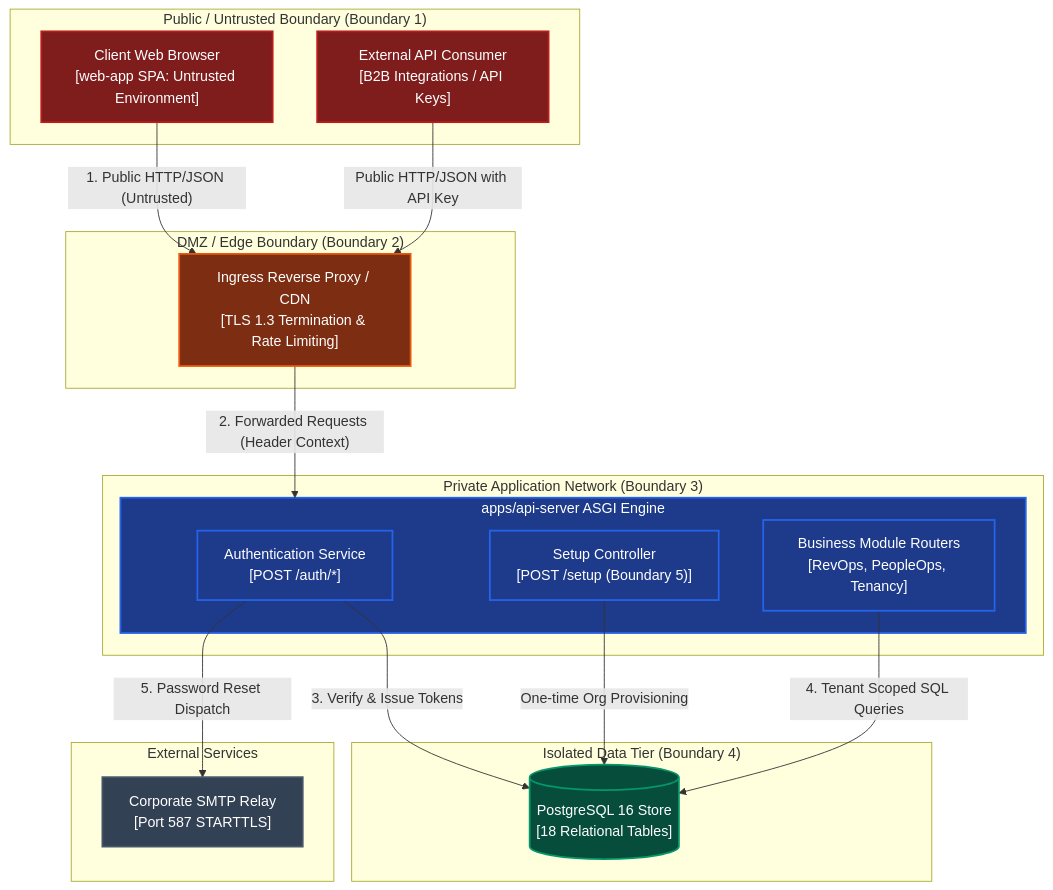
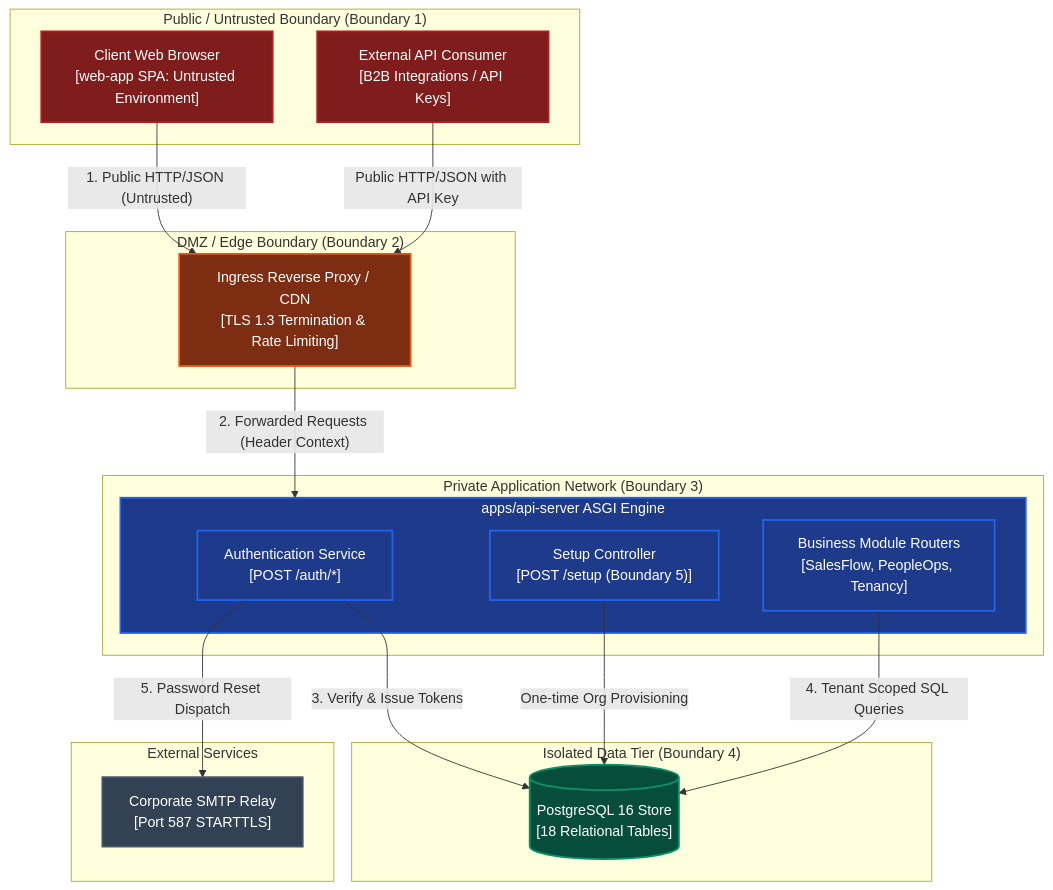
One commit to innostes-dev/erp changed the diagram in apps/landing/content/dev-docs/architecture/threat-model.mdx. Above: the diagram before and after it, drawn with Mermaid. The commit also changed 94 other files, not shown here.

````diff
--- a/apps/landing/content/dev-docs/architecture/threat-model.mdx
+++ b/apps/landing/content/dev-docs/architecture/threat-model.mdx
@@ -29,48 +29,48 @@
 ```mermaid
 flowchart TD
   subgraph PublicZone["Public / Untrusted Boundary (Boundary 1)"]
     Browser["Client Web Browser\n[web-app SPA: Untrusted Environment]"]
     ExternalClient["External API Consumer\n[B2B Integrations / API Keys]"]
   end
 
   subgraph DmzZone["DMZ / Edge Boundary (Boundary 2)"]
     ReverseProxy["Ingress Reverse Proxy / CDN\n[TLS 1.3 Termination & Rate Limiting]"]
   end
 
   subgraph ServiceZone["Private Application Network (Boundary 3)"]
     subgraph ApiServerEngine["apps/api-server ASGI Engine"]
       AuthEndpoint["Authentication Service\n[POST /auth/*]"]
       SetupEndpoint["Setup Controller\n[POST /setup (Boundary 5)]"]
-      ModuleRouters["Business Module Routers\n[RevOps, PeopleOps, Tenancy]"]
+      ModuleRouters["Business Module Routers\n[SalesFlow, PeopleOps, Tenancy]"]
     end
   end
 
   subgraph DataZone["Isolated Data Tier (Boundary 4)"]
     PostgresStore[("PostgreSQL 16 Store\n[18 Relational Tables]")]
   end
 
   subgraph ExternalRelayZone["External Services"]
     SmtpRelay["Corporate SMTP Relay\n[Port 587 STARTTLS]"]
   end
 
   Browser -- "1. Public HTTP/JSON (Untrusted)" --> ReverseProxy
   ExternalClient -- "Public HTTP/JSON with API Key" --> ReverseProxy
   ReverseProxy -- "2. Forwarded Requests (Header Context)" --> ApiServerEngine
   
   AuthEndpoint -- "3. Verify & Issue Tokens" --> PostgresStore
   SetupEndpoint -- "One-time Org Provisioning" --> PostgresStore
   ModuleRouters -- "4. Tenant Scoped SQL Queries" --> PostgresStore
   AuthEndpoint -- "5. Password Reset Dispatch" --> SmtpRelay
 
   classDef untrusted fill:#7f1d1d,stroke:#b91c1c,stroke-width:2px,color:#ffffff;
   classDef dmz fill:#7c2d12,stroke:#ea580c,stroke-width:2px,color:#ffffff;
   classDef app fill:#1e3a8a,stroke:#2563eb,stroke-width:2px,color:#ffffff;
   classDef data fill:#064e3b,stroke:#059669,stroke-width:2px,color:#ffffff;
   classDef ext fill:#334155,stroke:#475569,stroke-width:2px,color:#ffffff;
 
   class Browser,ExternalClient untrusted;
   class ReverseProxy dmz;
   class ApiServerEngine,AuthEndpoint,SetupEndpoint,ModuleRouters app;
   class PostgresStore data;
   class SmtpRelay ext;
 ```
````
